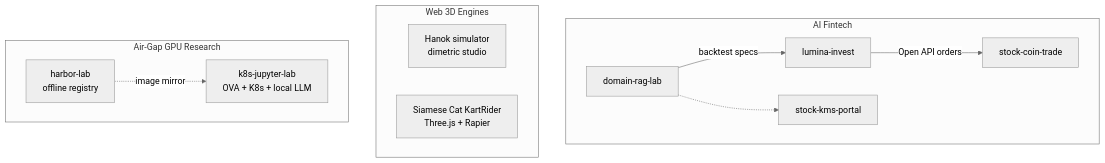
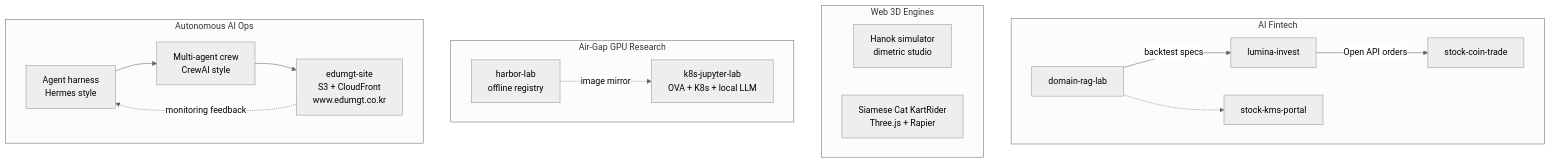
One commit to edumgt/edumgt changed the first of 4 diagrams in README.md. Above: the diagram before and after it, drawn with Mermaid (neutral theme). The commit also changed other lines of this file, not shown here.

Commit message:
Add autonomous AI Ops model (agent harness + CrewAI-style crew → S3/CloudFront)

````diff
--- a/README.md
+++ b/README.md
@@ -13,17 +13,22 @@
 ```mermaid
 flowchart TB
     subgraph FIN["AI Fintech"]
         DRL["domain-rag-lab"] -->|"backtest specs"| LUM["lumina-invest"]
         LUM -->|"Open API orders"| SCT["stock-coin-trade"]
         DRL -.-> SKP["stock-kms-portal"]
     end
     subgraph ENG["Web 3D Engines"]
         HAN["Hanok simulator<br/>dimetric studio"]
         KART["Siamese Cat KartRider<br/>Three.js + Rapier"]
     end
     subgraph AIR["Air-Gap GPU Research"]
         HAR["harbor-lab<br/>offline registry"]
         K8S["k8s-jupyter-lab<br/>OVA + K8s + local LLM"]
         HAR -.->|"image mirror"| K8S
     end
+    subgraph OPS["Autonomous AI Ops"]
+        HERMES["Agent harness<br/>Hermes style"] --> CREW["Multi-agent crew<br/>CrewAI style"]
+        CREW --> SITE["edumgt-site<br/>S3 + CloudFront<br/>www.edumgt.co.kr"]
+        SITE -.->|"monitoring feedback"| HERMES
+    end
 ```
````
